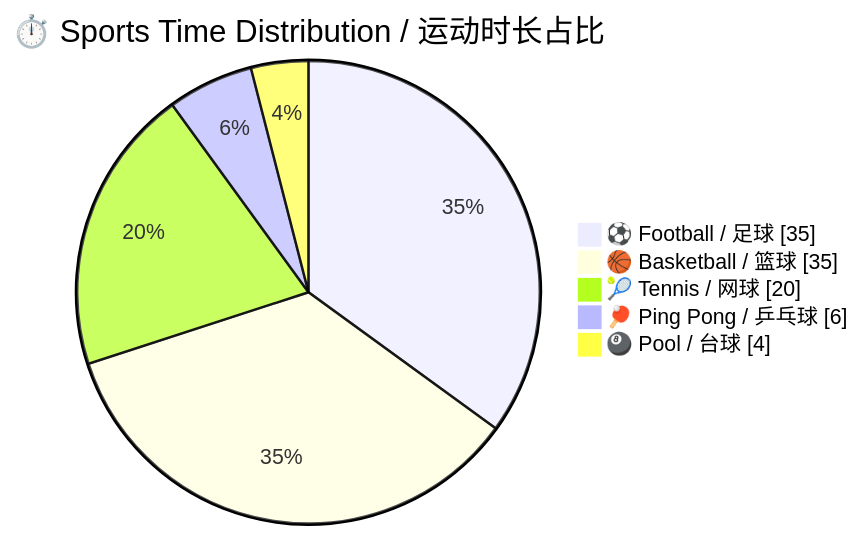
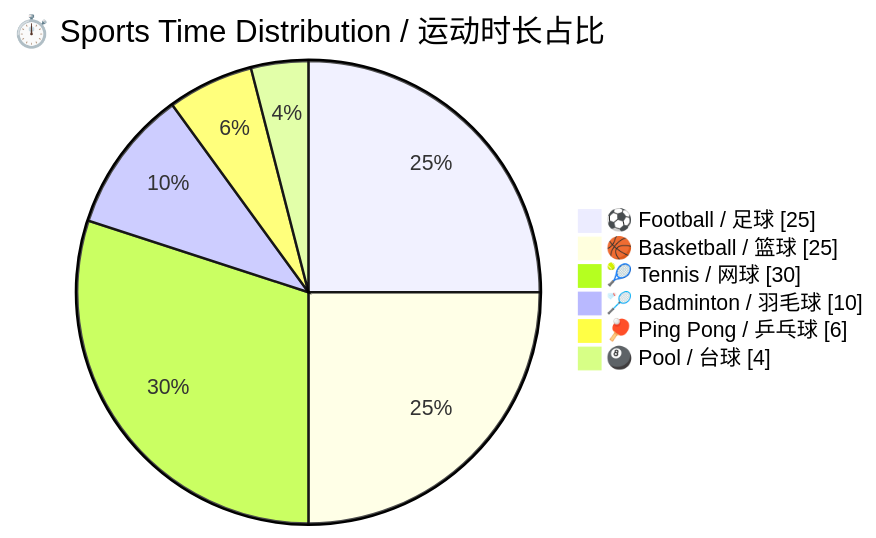
The diagram in README.md (hungryhenry101/hungryhenry101), drawn with Mermaid before and after one commit. The commit also changed other lines of this file, not shown here.

````diff
--- a/README.md
+++ b/README.md
@@ -100,9 +100,10 @@
 ```mermaid
 pie showData
     title ⏱️ Sports Time Distribution / 运动时长占比
-    "⚽ Football / 足球" : 35
-    "🏀 Basketball / 篮球" : 35
-    "🎾 Tennis / 网球" : 20
+    "⚽ Football / 足球" : 25
+    "🏀 Basketball / 篮球" : 25
+    "🎾 Tennis / 网球" : 30
+    "🏸 Badminton / 羽毛球" : 10
     "🏓 Ping Pong / 乒乓球" : 6
     "🎱 Pool / 台球" : 4
 ```
````
